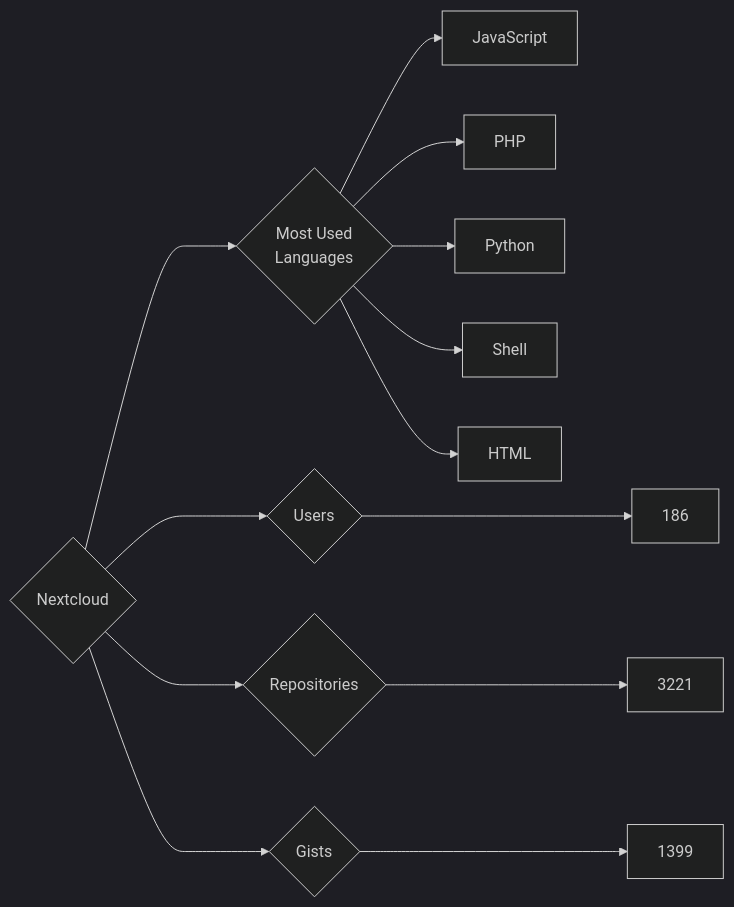
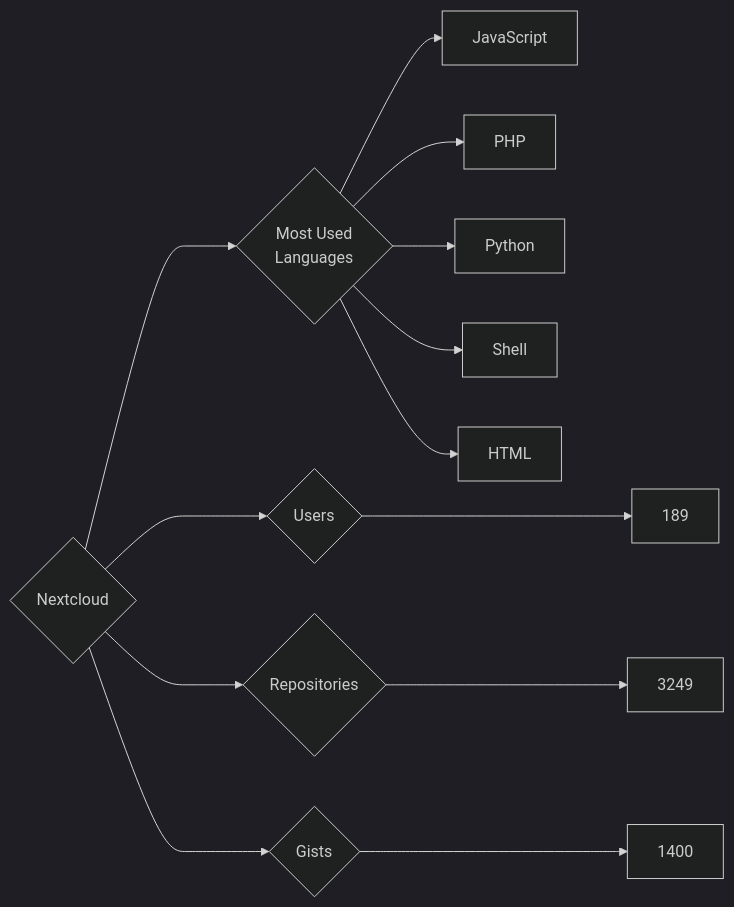
The diagram in targets/Nextcloud/README.md (trickest/insiders), drawn with Mermaid (dark theme) before and after one commit. The commit also changed 928 other files, not shown here.

````diff
--- a/targets/Nextcloud/README.md
+++ b/targets/Nextcloud/README.md
@@ -3,13 +3,13 @@
 ```mermaid
 graph LR
 COMPANY_NAME{Nextcloud}
-COMPANY_NAME ---> U{Users} ---> UN[186]
-COMPANY_NAME ---> R{Repositories} ---> RN[3221]
-COMPANY_NAME ---> G{Gists} ---> GN[1399]
+COMPANY_NAME ---> U{Users} ---> UN[189]
+COMPANY_NAME ---> R{Repositories} ---> RN[3249]
+COMPANY_NAME ---> G{Gists} ---> GN[1400]
 COMPANY_NAME ---> ML{Most Used<br>Languages}
 ML --> JavaScript[JavaScript]
 ML --> PHP[PHP]
 ML --> Python[Python]
 ML --> Shell[Shell]
 ML --> HTML[HTML]
 ```
````
